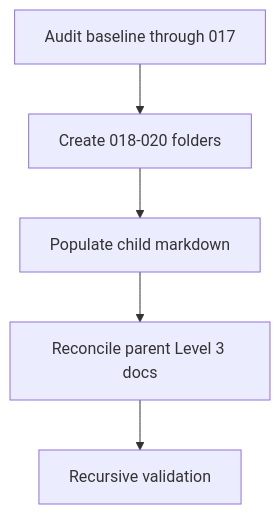
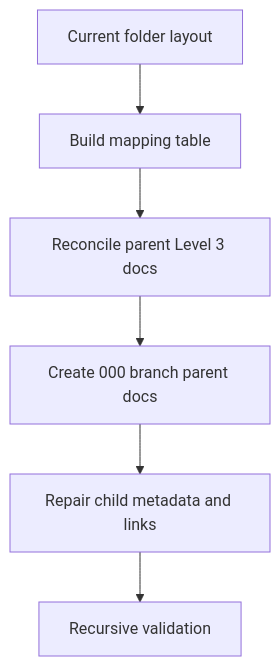
The diagram in .opencode/specs/02--system-spec-kit/022-hybrid-rag-fusion/010-perfect-session-capturing/plan.md (MichelKerkmeester/opencode--skilled-agent-loops-with-spec-kit-memory), drawn with Mermaid before and after one commit. The commit also changed other lines of this file and 327 other files, not shown here.

````diff
--- a/.opencode/specs/02--system-spec-kit/022-hybrid-rag-fusion/010-perfect-session-capturing/plan.md
+++ b/.opencode/specs/02--system-spec-kit/022-hybrid-rag-fusion/010-perfect-session-capturing/plan.md
@@ -214,7 +222,8 @@
 ```mermaid
 graph TD
-  A[Audit baseline through 017] --> B[Create 018-020 folders]
-  B --> C[Populate child markdown]
-  C --> D[Reconcile parent Level 3 docs]
-  D --> E[Recursive validation]
+  A[Current folder layout] --> B[Build mapping table]
+  B --> C[Reconcile parent Level 3 docs]
+  C --> D[Create 000 branch parent docs]
+  D --> E[Repair child metadata and links]
+  E --> F[Recursive validation]
 ```
````
